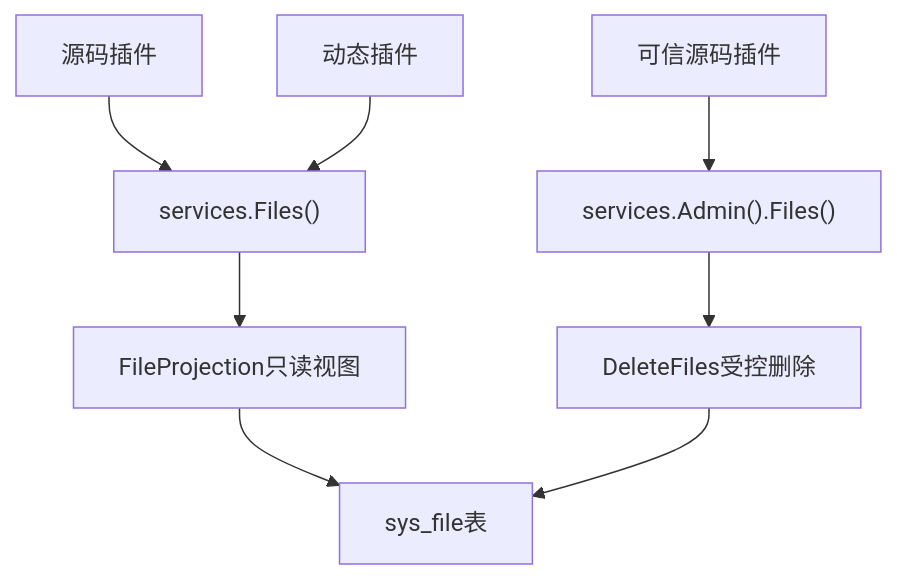
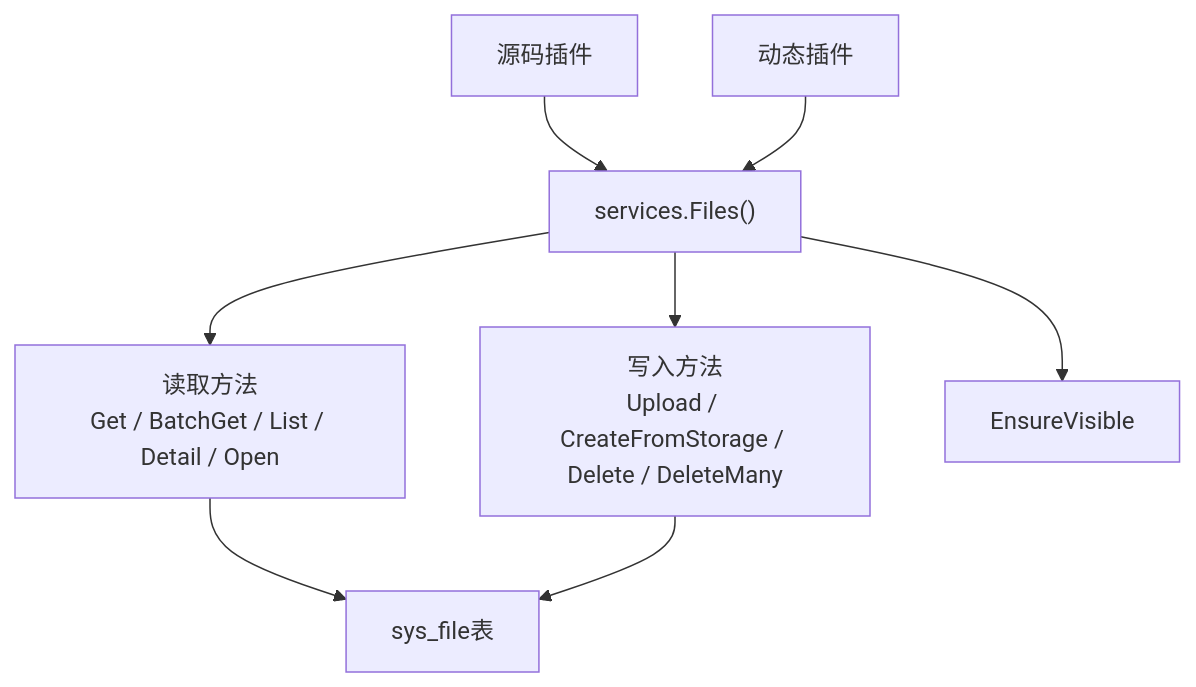
Before and after one commit to linaproai/linapro-site: the diagram in apps/lina-site/docs/docs/3000-domain-capabilities/7100-files.md, drawn with Mermaid. The commit also changed other lines of this file and 31 other files, not shown here.

````diff
--- a/apps/lina-site/docs/docs/3000-domain-capabilities/7100-files.md
+++ b/apps/lina-site/docs/docs/3000-domain-capabilities/7100-files.md
@@ -70,10 +70,10 @@
 ```mermaid
 graph TB
     Source["源码插件"] --> Files["services.Files()"]
     Dynamic["动态插件"] --> Files
-    Files --> Projection["FileProjection只读视图"]
-    Admin["可信源码插件"] --> AdminFiles["services.Admin().Files()"]
-    AdminFiles --> Delete["DeleteFiles受控删除"]
-    Projection --> SysFile["sys_file表"]
-    Delete --> SysFile
+    Files --> Read["读取方法<br/>Get / BatchGet / List / Detail / Open"]
+    Files --> Write["写入方法<br/>Upload / CreateFromStorage / Delete / DeleteMany"]
+    Files --> Ensure["EnsureVisible"]
+    Read --> SysFile["sys_file表"]
+    Write --> SysFile
 ```
````
